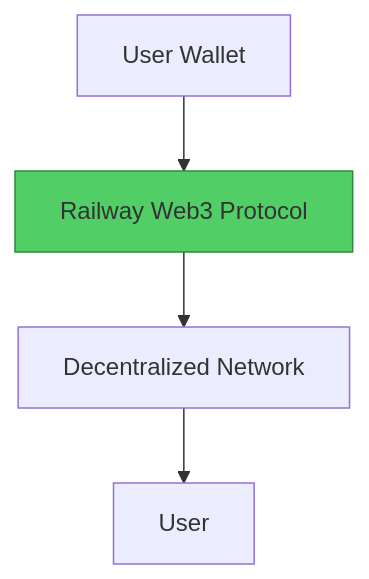
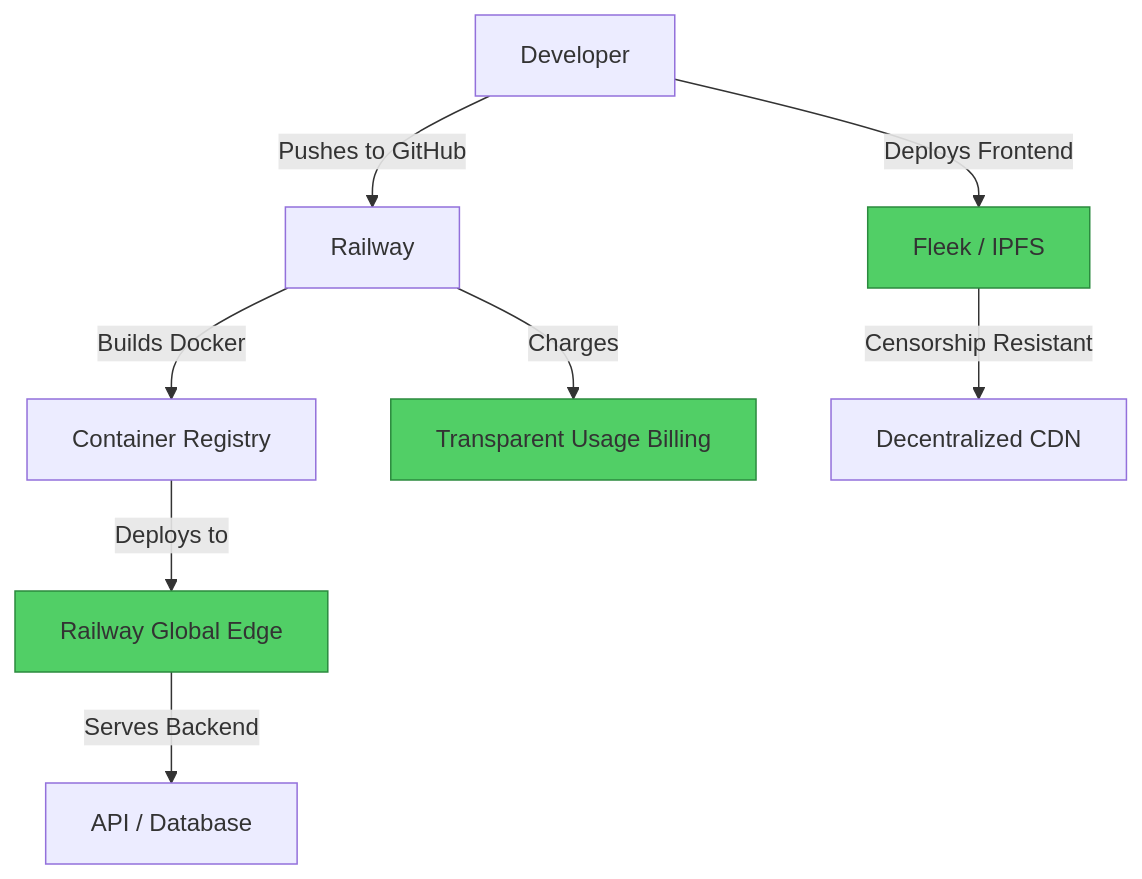
One commit to Elvatar2/Web2-To-Web3-Migration-Guide changed the second of 2 diagrams in 07-compute/02-heroku-to-railway-web3.md. Above: the diagram before and after it, drawn with Mermaid. The commit also changed other lines of this file, not shown here.

````diff
--- a/07-compute/02-heroku-to-railway-web3.md
+++ b/07-compute/02-heroku-to-railway-web3.md
@@ -63,8 +80,14 @@
 ```mermaid
 graph TB
-    A[User Wallet] --> B[Railway Web3 Protocol]
-    B --> C[Decentralized Network]
-    C --> D[User]
+    A[Developer] -->|Pushes to GitHub| B[Railway]
+    B -->|Builds Docker| C[Container Registry]
+    C -->|Deploys to| D[Railway Global Edge]
+    D -->|Serves Backend| E[API / Database]
+    A -->|Deploys Frontend| F[Fleek / IPFS]
+    F -->|Censorship Resistant| G[Decentralized CDN]
+    B -->|Charges| H[Transparent Usage Billing]
 
-    style B fill:#51cf66,stroke:#2b8a3e
+    style D fill:#51cf66,stroke:#2b8a3e
+    style F fill:#51cf66,stroke:#2b8a3e
+    style H fill:#51cf66,stroke:#2b8a3e
 ```
````
